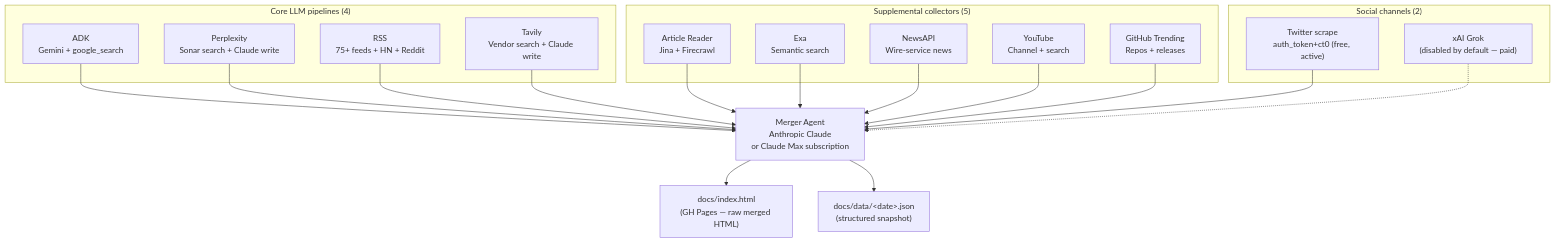
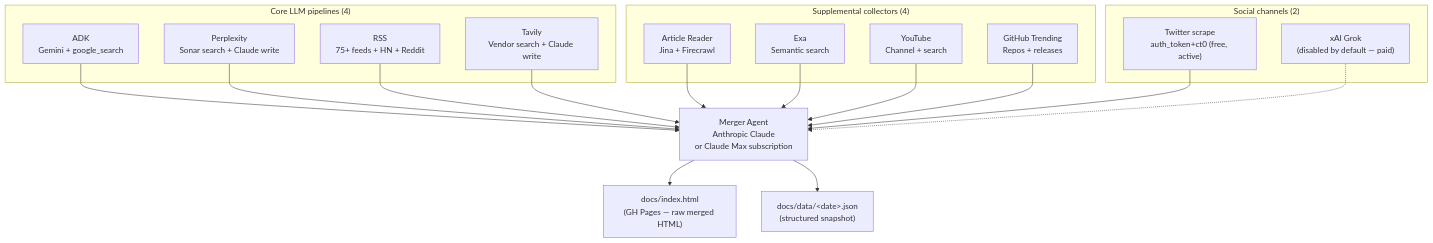
One commit to kobyal/ai-news-briefing changed the first of 11 diagrams in README.md. Above: the diagram before and after it, drawn with Mermaid. The commit also changed other lines of this file and 29 other files, not shown here.

````diff
--- a/README.md
+++ b/README.md
@@ -98,39 +97,37 @@
 ```mermaid
 flowchart TD
     subgraph core["Core LLM pipelines (4)"]
         ADK["ADK<br/>Gemini + google_search"]
         PX["Perplexity<br/>Sonar search + Claude write"]
         RSS["RSS<br/>75+ feeds + HN + Reddit"]
         TAV["Tavily<br/>Vendor search + Claude write"]
     end
 
-    subgraph supp["Supplemental collectors (5)"]
+    subgraph supp["Supplemental collectors (4)"]
         AR["Article Reader<br/>Jina + Firecrawl"]
         EXA["Exa<br/>Semantic search"]
-        NEWS["NewsAPI<br/>Wire-service news"]
         YT["YouTube<br/>Channel + search"]
         GH["GitHub Trending<br/>Repos + releases"]
     end
 
     subgraph social["Social channels (2)"]
         TW["Twitter scrape<br/>auth_token+ct0 (free, active)"]
         XAI["xAI Grok<br/>(disabled by default — paid)"]
     end
 
     M["Merger Agent<br/>Anthropic Claude<br/>or Claude Max subscription"]
 
     ADK --> M
     PX --> M
     RSS --> M
     TAV --> M
     AR --> M
     EXA --> M
-    NEWS --> M
     YT --> M
     GH --> M
     TW --> M
     XAI -.-> M
 
     M --> H["docs/index.html<br/>(GH Pages — raw merged HTML)"]
     M --> J["docs/data/&lt;date&gt;.json<br/>(structured snapshot)"]
 ```
````
